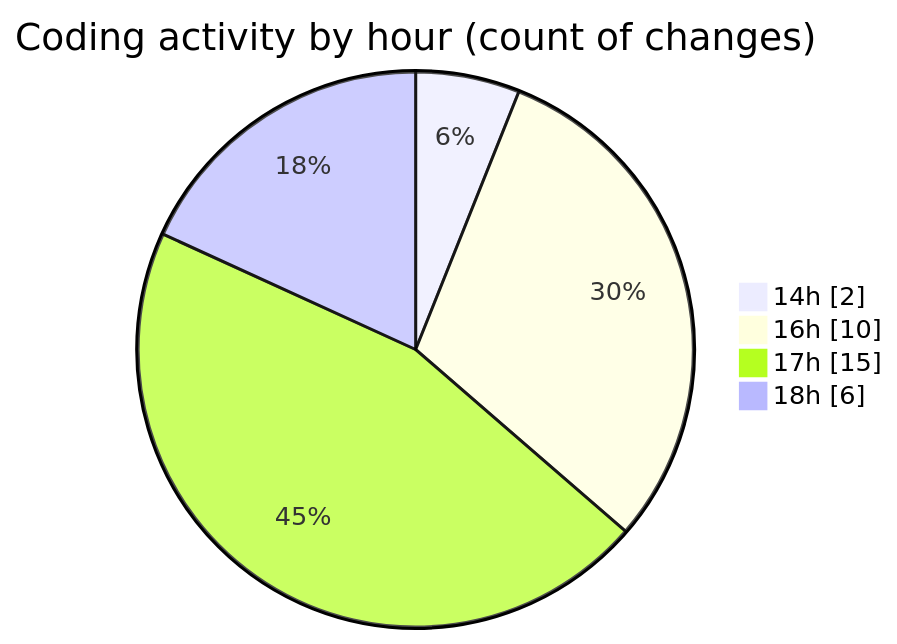
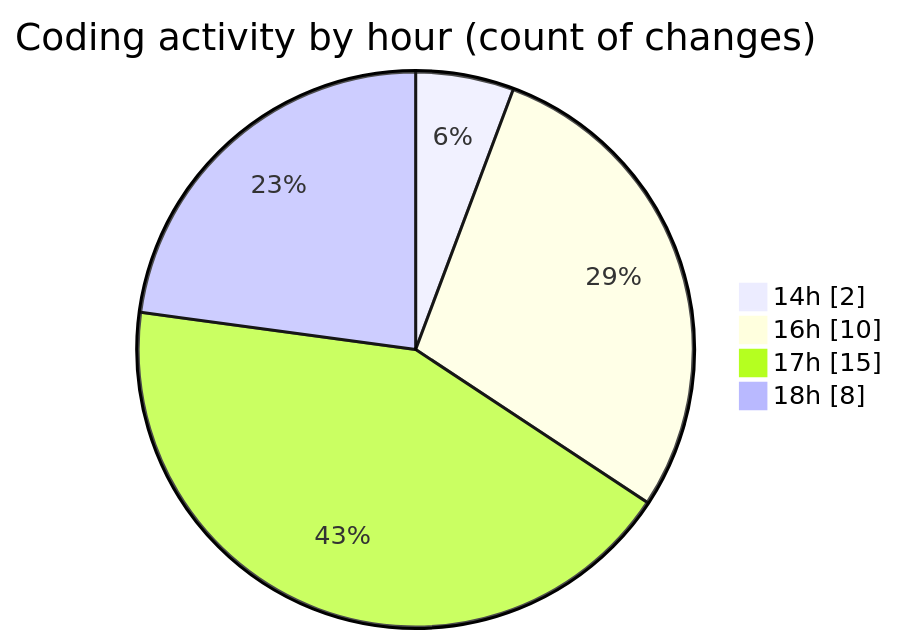
The second of 2 diagrams in 2025-06-18/scopesketch-app/README.md (Ritupan-Deka/code-tracking), drawn with Mermaid before and after one commit. The commit also changed other lines of this file and 1 other file, not shown here.

````diff
--- a/2025-06-18/scopesketch-app/README.md
+++ b/2025-06-18/scopesketch-app/README.md
@@ -41,8 +41,8 @@
 ```mermaid
 pie showData
 title Coding activity by hour (count of changes)
 "14h" : 2
 "16h" : 10
 "17h" : 15
-"18h" : 6
+"18h" : 8
 ```
````
